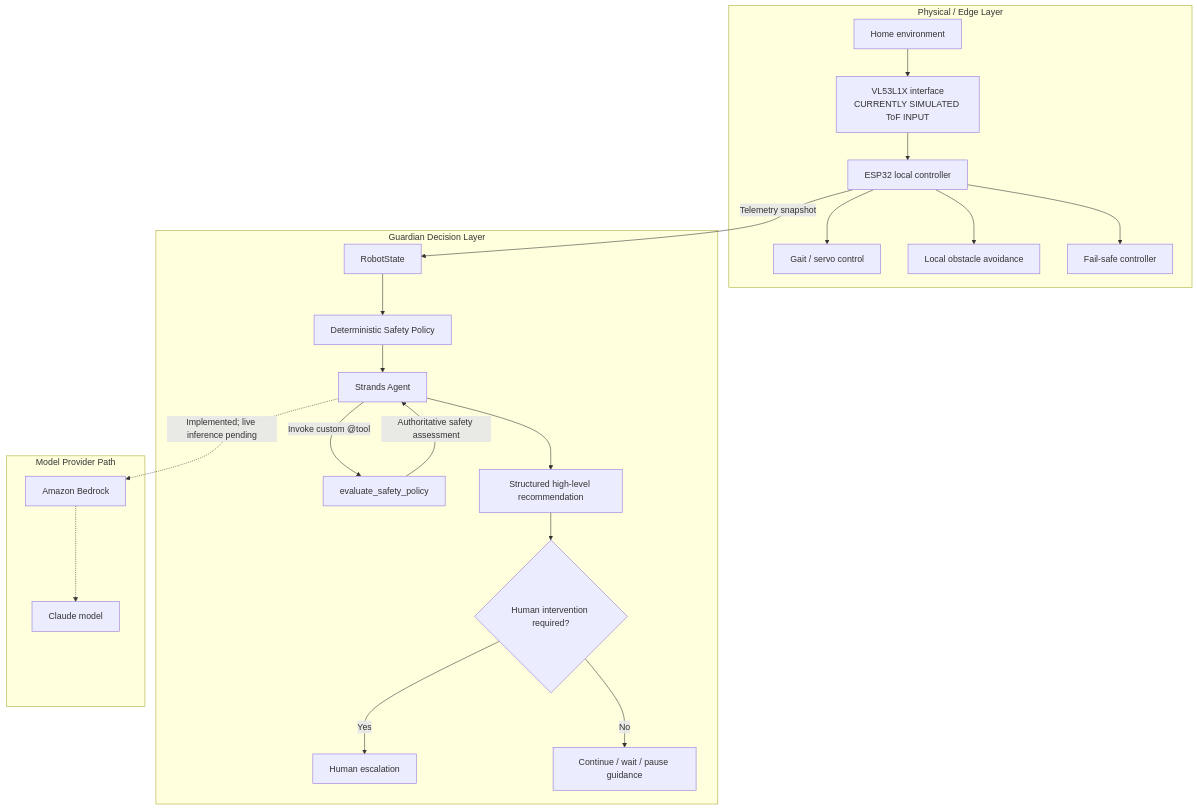
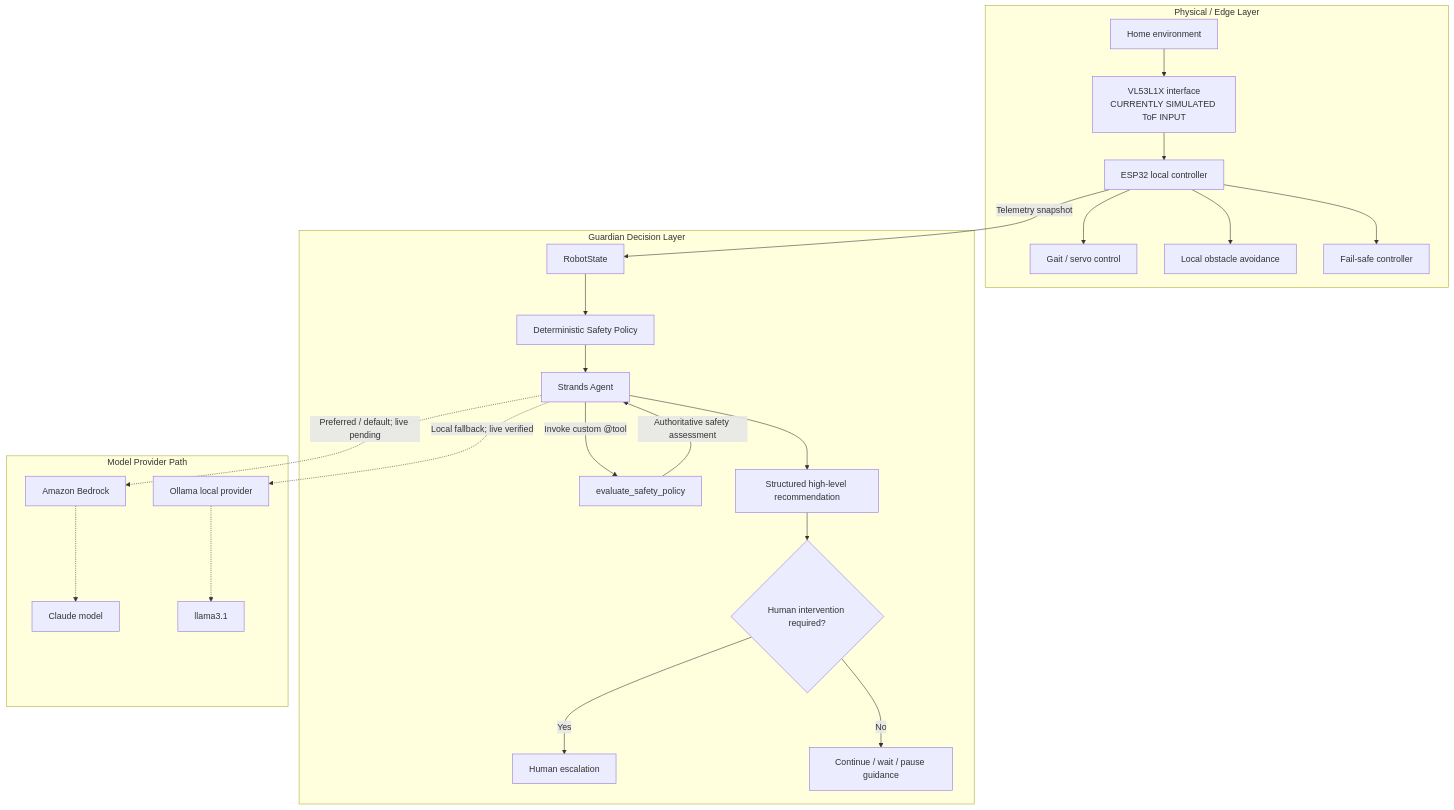
Before and after one commit to sccotwei/quadruped-robot: the diagram in docs/SUBMISSION_ARCHITECTURE.md, drawn with Mermaid. The commit also changed other lines of this file and 12 other files, not shown here.

Commit message:
feat: add verified local Strands inference with Ollama fallback

````diff
--- a/docs/SUBMISSION_ARCHITECTURE.md
+++ b/docs/SUBMISSION_ARCHITECTURE.md
@@ -5,34 +5,36 @@
 ```mermaid
 flowchart TD
     subgraph EDGE[Physical / Edge Layer]
         ENV[Home environment]
         TOF["VL53L1X interface<br/>CURRENTLY SIMULATED ToF INPUT"]
         ESP[ESP32 local controller]
         GAIT[Gait / servo control]
         AVOID[Local obstacle avoidance]
         FAIL[Fail-safe controller]
 
         ENV --> TOF --> ESP
         ESP --> GAIT
         ESP --> AVOID
         ESP --> FAIL
     end
 
     ESP -->|Telemetry snapshot| STATE[RobotState]
 
     subgraph GUARDIAN[Guardian Decision Layer]
         STATE --> POLICY[Deterministic Safety Policy]
         POLICY --> AGENT[Strands Agent]
         AGENT -->|"Invoke custom @tool"| TOOL[evaluate_safety_policy]
         TOOL -->|Authoritative safety assessment| AGENT
         AGENT --> DECISION[Structured high-level recommendation]
         DECISION --> HUMAN{Human intervention required?}
         HUMAN -->|Yes| ESCALATE[Human escalation]
         HUMAN -->|No| GUIDANCE[Continue / wait / pause guidance]
     end
 
     subgraph MODEL[Model Provider Path]
-        AGENT -.->|Implemented; live inference pending| BEDROCK[Amazon Bedrock]
+        AGENT -.->|Preferred / default; live pending| BEDROCK[Amazon Bedrock]
         BEDROCK -.-> CLAUDE[Claude model]
+        AGENT -.->|Local fallback; live verified| OLLAMA[Ollama local provider]
+        OLLAMA -.-> LOCALMODEL[llama3.1]
     end
 ```
````
